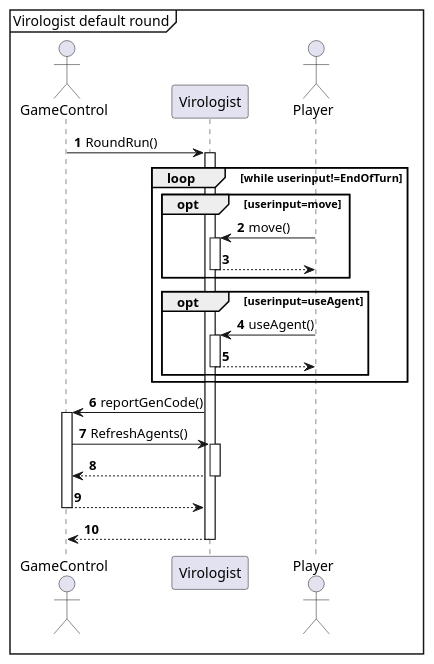
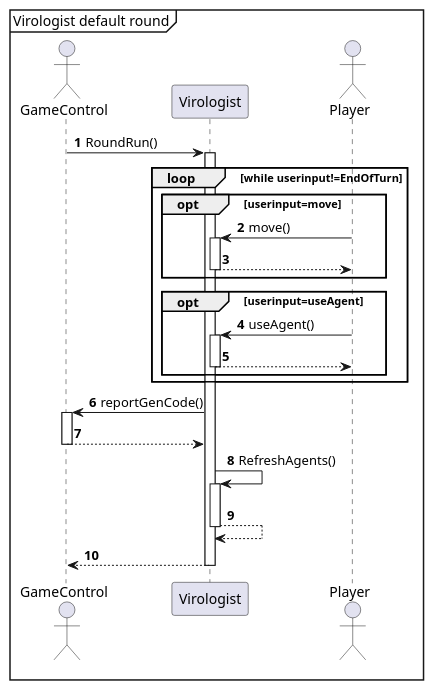
The diagram in sequence-diagram/RoundFlow/RoundFlow.puml (Projlab-csb/projlab-virologus), drawn with PlantUML before and after one commit. The commit also changed 3 other files, not shown here.

```diff
--- a/sequence-diagram/RoundFlow/RoundFlow.puml
+++ b/sequence-diagram/RoundFlow/RoundFlow.puml
@@ -1,38 +1,45 @@
 @startuml
 'https://plantuml.com/sequence-diagram
 
 autonumber
 
 mainframe Virologist default round
 
 actor GameControl
 GameControl -> Virologist: RoundRun()
 Activate Virologist
 loop while userinput!=EndOfTurn
     actor Player
     opt userinput=move
         Player->Virologist:move()
         Activate Virologist
         Virologist-->Player
         Deactivate Virologist
     end
     opt userinput=useAgent
         Player->Virologist:useAgent()
         Activate Virologist
         Virologist-->Player
         Deactivate Virologist
     end
 end
 Virologist->GameControl:reportGenCode()
 Activate GameControl
 
-GameControl->Virologist: RefreshAgents()
-Activate Virologist
-Virologist-->GameControl
-deactivate Virologist
+
 GameControl-->Virologist
 deactivate GameControl
+
+
+Virologist->Virologist: RefreshAgents()
+Activate Virologist
+Virologist-->Virologist
+deactivate Virologist
+
+
 Virologist-->GameControl
 Deactivate Virologist
 
+
+
 @enduml
```
